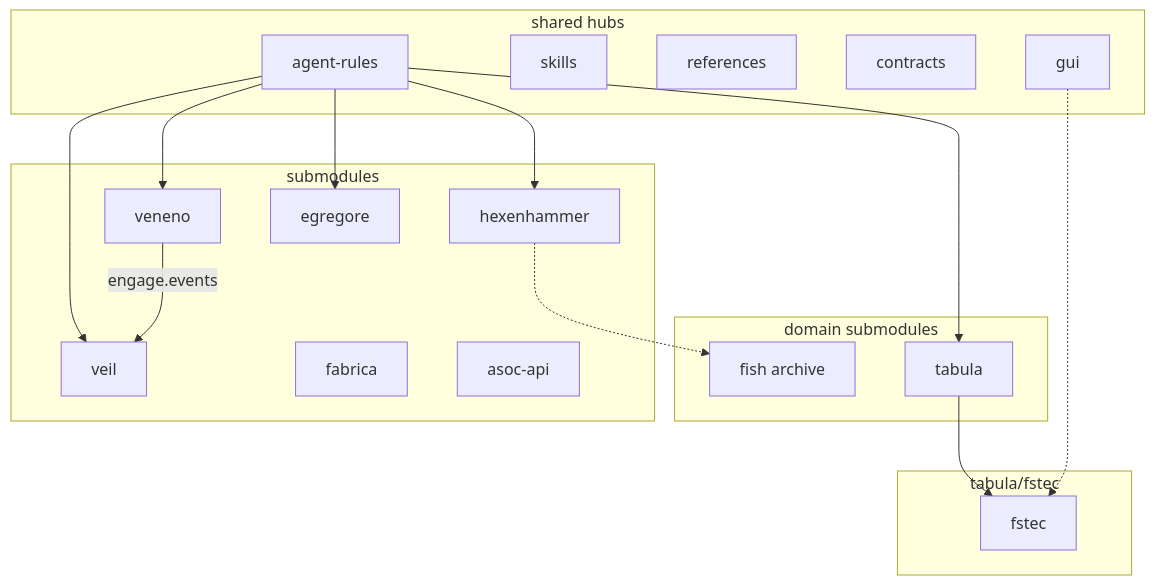
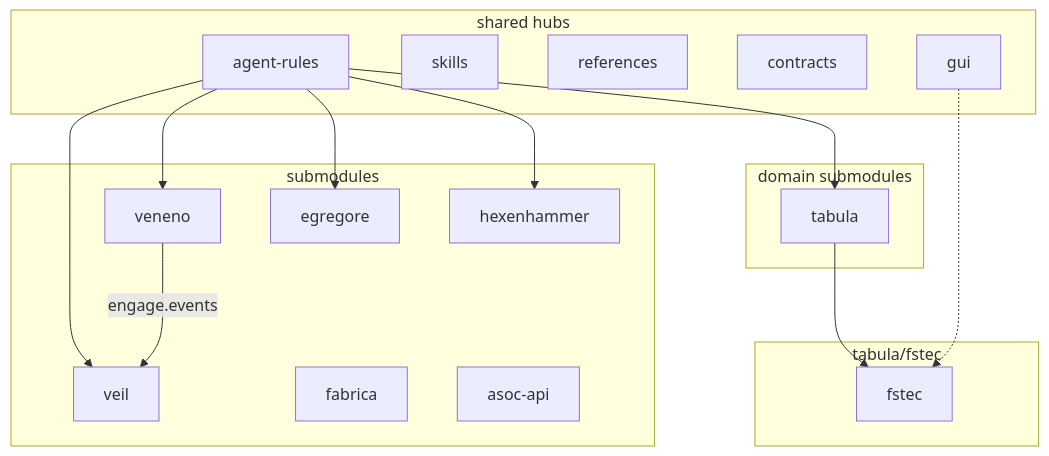
Before and after one commit to butbeautifulv/cxado: the diagram in docs/adr/cxado-architecture.md, drawn with Mermaid. The commit also changed other lines of this file and 68 other files, not shown here.

````diff
--- a/docs/adr/cxado-architecture.md
+++ b/docs/adr/cxado-architecture.md
@@ -55,38 +54,36 @@
 ```mermaid
 flowchart TB
   subgraph hubs [shared hubs]
     RULES[agent-rules]
     SKILLS[skills]
     REFS[references]
     CTR[contracts]
     GUI[gui]
   end
 
   subgraph products [submodules]
     VEIL[veil]
     VENENO[veneno]
     EGG[egregore]
     FAB[fabrica]
     ASOC[asoc-api]
     HEX[hexenhammer]
   end
 
   subgraph domains [domain submodules]
     TABULA[tabula]
-    FISH[fish archive]
   end
 
   subgraph tabula_mod [tabula/fstec]
     FSTEC[fstec]
   end
 
   RULES --> VEIL
   RULES --> VENENO
   RULES --> EGG
   RULES --> HEX
   RULES --> TABULA
   GUI -.-> FSTEC
   TABULA --> FSTEC
-  HEX -.-> FISH
   VENENO -->|engage.events| VEIL
 ```
````
